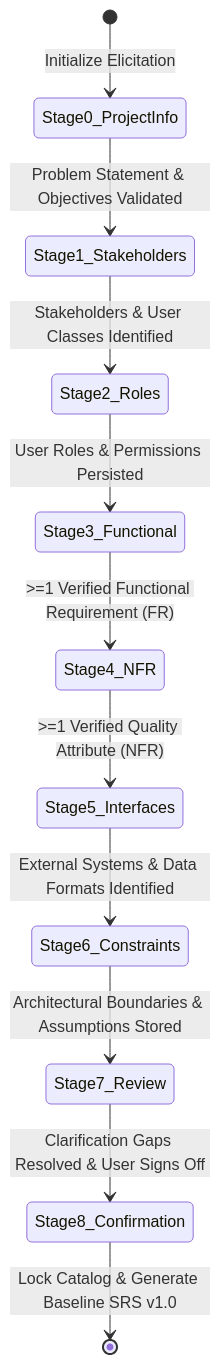
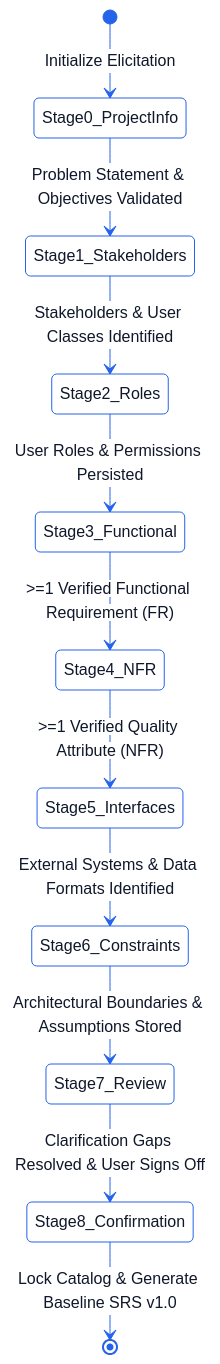
The sixth of 7 diagrams in PROJECT_RESEARCH_ALGORITHMS_AND_ARCHITECTURE.md (ValayaDase/Aether), drawn with Mermaid before and after one commit. The commit also changed other lines of this file and 3 other files, not shown here.

Commit message:
docs: add formal research specification, high-visibility flowcharts, algorithms, and technical PDF report

````diff
--- a/PROJECT_RESEARCH_ALGORITHMS_AND_ARCHITECTURE.md
+++ b/PROJECT_RESEARCH_ALGORITHMS_AND_ARCHITECTURE.md
@@ -472,13 +436,16 @@
 ```mermaid
+%%{init: {'theme': 'base', 'themeVariables': {'primaryColor': '#ffffff', 'primaryTextColor': '#0f172a', 'primaryBorderColor': '#2563eb', 'lineColor': '#2563eb'}}}%%
 stateDiagram-v2
+    classDef stateNode fill:#ffffff,stroke:#1d4ed8,stroke-width:2px,color:#0f172a;
+
     [*] --> Stage0_ProjectInfo: Initialize Elicitation
     Stage0_ProjectInfo --> Stage1_Stakeholders: Problem Statement & Objectives Validated
     Stage1_Stakeholders --> Stage2_Roles: Stakeholders & User Classes Identified
     Stage2_Roles --> Stage3_Functional: User Roles & Permissions Persisted
     Stage3_Functional --> Stage4_NFR: >=1 Verified Functional Requirement (FR)
     Stage4_NFR --> Stage5_Interfaces: >=1 Verified Quality Attribute (NFR)
     Stage5_Interfaces --> Stage6_Constraints: External Systems & Data Formats Identified
     Stage6_Constraints --> Stage7_Review: Architectural Boundaries & Assumptions Stored
     Stage7_Review --> Stage8_Confirmation: Clarification Gaps Resolved & User Signs Off
     Stage8_Confirmation --> [*]: Lock Catalog & Generate Baseline SRS v1.0
 ```
````
